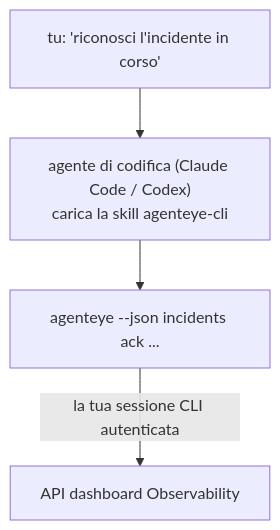
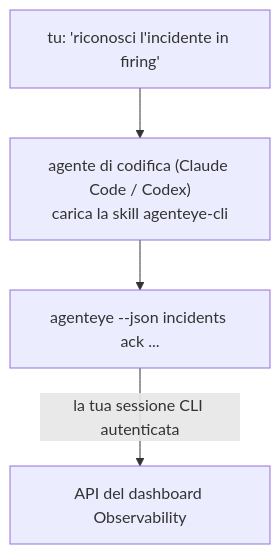
Before and after one commit to FailproofAI/failproofai: the diagram in docs/it/agenteye/cli-skill.mdx, drawn with Mermaid. The commit also changed other lines of this file and 651 other files, not shown here.

````diff
--- a/docs/it/agenteye/cli-skill.mdx
+++ b/docs/it/agenteye/cli-skill.mdx
@@ -27,6 +28,6 @@
 ```mermaid
 flowchart TD
-    YOU["tu: 'riconosci l'incidente in corso'"] --> AGENT["agente di codifica (Claude Code / Codex)<br/>carica la skill agenteye-cli"]
+    YOU["tu: 'riconosci l'incidente in firing'"] --> AGENT["agente di codifica (Claude Code / Codex)<br/>carica la skill agenteye-cli"]
     AGENT --> CLI["agenteye --json incidents ack ..."]
-    CLI -->|la tua sessione CLI autenticata| API["API dashboard Observability"]
+    CLI -->|la tua sessione CLI autenticata| API["API del dashboard Observability"]
 ```
````
